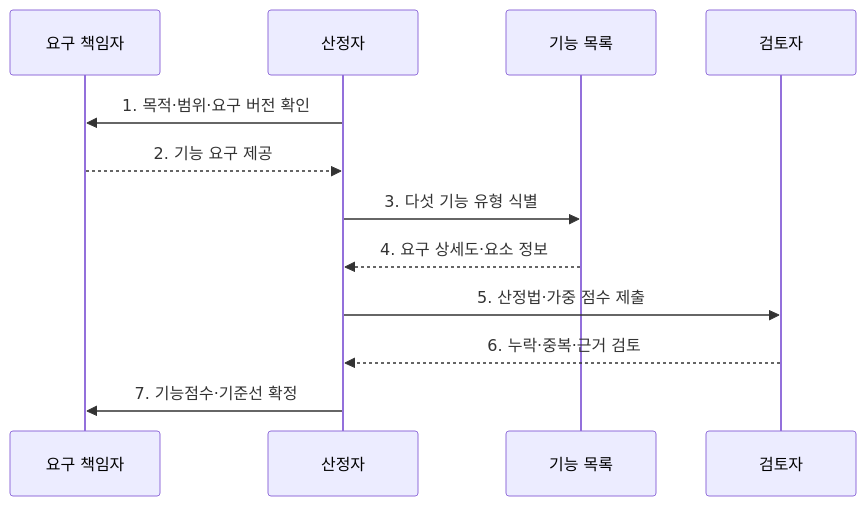
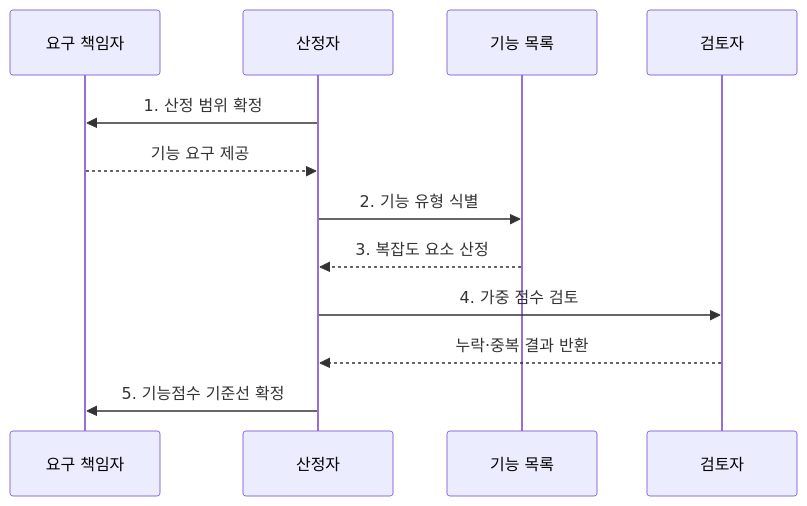
Before and after one commit to agnusdei1207/knowledge-base: the second of 2 diagrams in src/content/docs/notes/03-software/074_fp_estimation_method.md, drawn with Mermaid. The commit also changed other lines of this file and 238 other files, not shown here.

````diff
--- a/src/content/docs/notes/03-software/074_fp_estimation_method.md
+++ b/src/content/docs/notes/03-software/074_fp_estimation_method.md
@@ -78,14 +78,14 @@
 ```mermaid
 sequenceDiagram
     participant U as 요구 책임자
     participant O as 산정자
     participant F as 기능 목록
     participant R as 검토자
-    O->>U: 1. 목적·범위·요구 버전 확인
-    U-->>O: 2. 기능 요구 제공
-    O->>F: 3. 다섯 기능 유형 식별
-    F-->>O: 4. 요구 상세도·요소 정보
-    O->>R: 5. 산정법·가중 점수 제출
-    R-->>O: 6. 누락·중복·근거 검토
-    O->>U: 7. 기능점수·기준선 확정
+    O->>U: 1. 산정 범위 확정
+    U-->>O: 기능 요구 제공
+    O->>F: 2. 기능 유형 식별
+    F-->>O: 3. 복잡도 요소 산정
+    O->>R: 4. 가중 점수 검토
+    R-->>O: 누락·중복 결과 반환
+    O->>U: 5. 기능점수 기준선 확정
 ```
````
